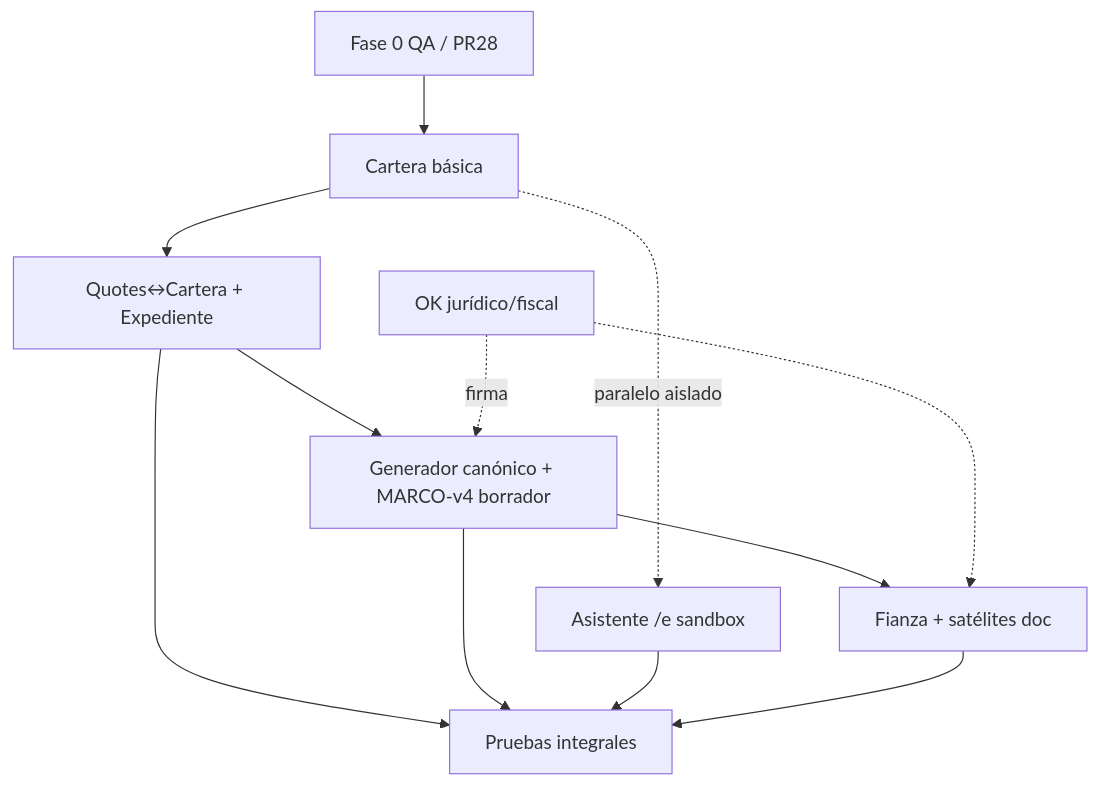
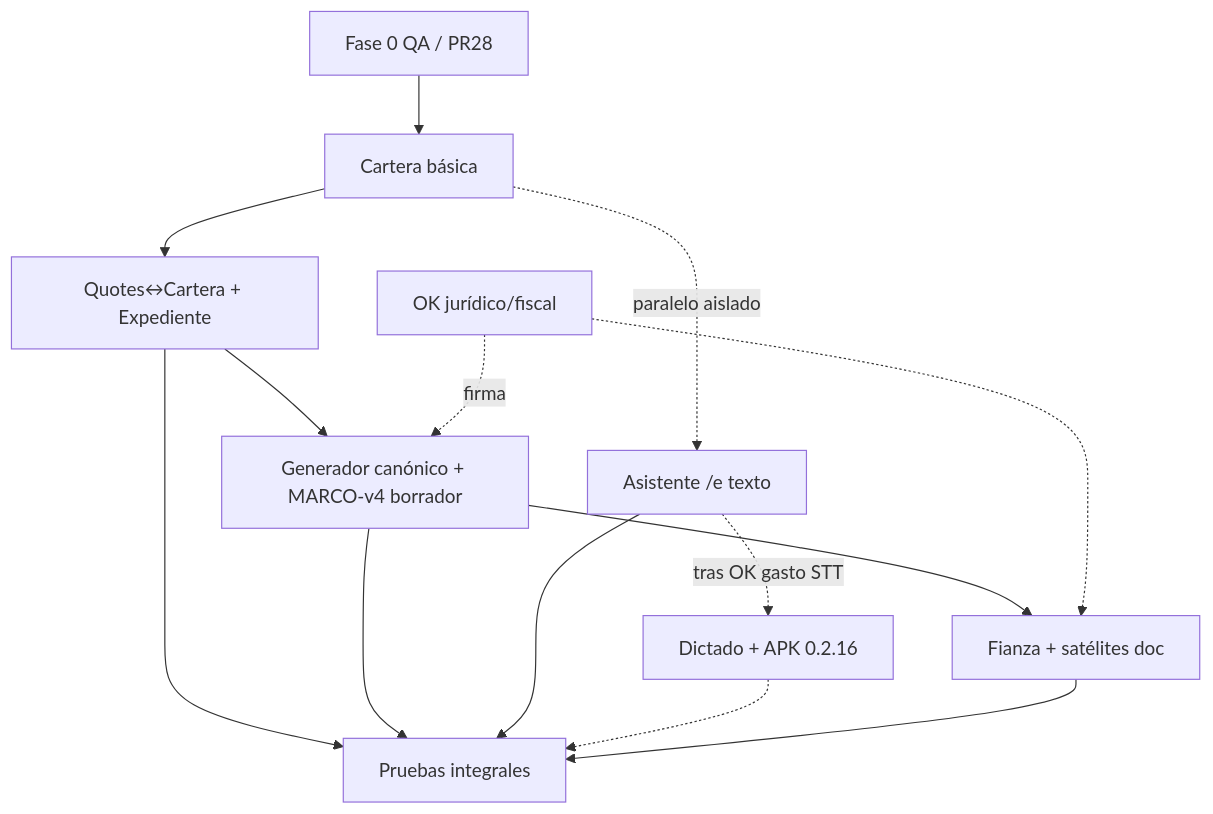
Before and after one commit to farmafacilrebotech-spec/FarmaFacil-App: the diagram in docs/qa/share/PLAN_MAESTRO_CONSOLIDACION_FARMAFACIL.md, drawn with Mermaid. The commit also changed other lines of this file and 1 other file, not shown here.

First line of the commit message:
docs(qa): auditoría asistente multicanal/dictado y plan §1.9

````diff
--- a/docs/qa/share/PLAN_MAESTRO_CONSOLIDACION_FARMAFACIL.md
+++ b/docs/qa/share/PLAN_MAESTRO_CONSOLIDACION_FARMAFACIL.md
@@ -313,14 +333,16 @@
 ```mermaid
 flowchart TD
   F0[Fase 0 QA / PR28] --> F1[Cartera básica]
   F1 --> F2[Quotes↔Cartera + Expediente]
   F2 --> F3[Generador canónico + MARCO-v4 borrador]
   F3 --> F5[Fianza + satélites doc]
-  F1 -.->|paralelo aislado| F4[Asistente /e sandbox]
+  F1 -.->|paralelo aislado| F4[Asistente /e texto]
+  F4 -.->|tras OK gasto STT| F4b[Dictado + APK 0.2.16]
   F2 --> F6[Pruebas integrales]
   F3 --> F6
   F4 --> F6
+  F4b -.-> F6
   F5 --> F6
   Legal[OK jurídico/fiscal] -.-> F5
   Legal -.->|firma| F3
 ```
````
